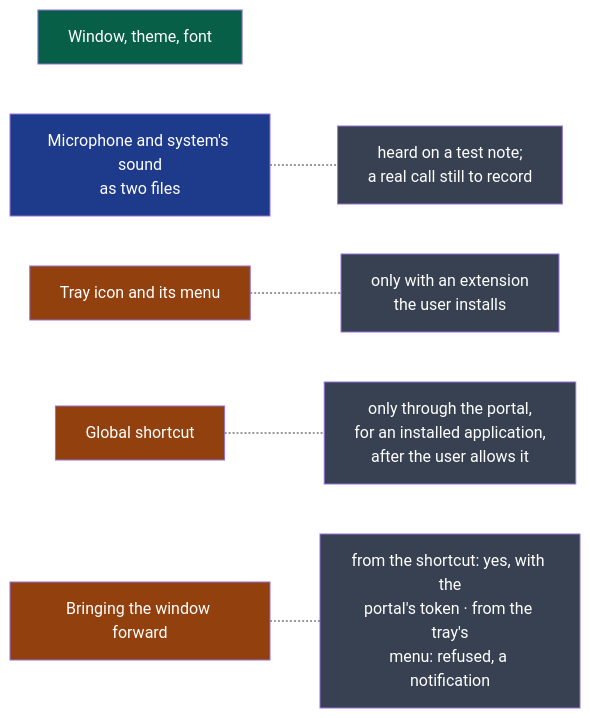
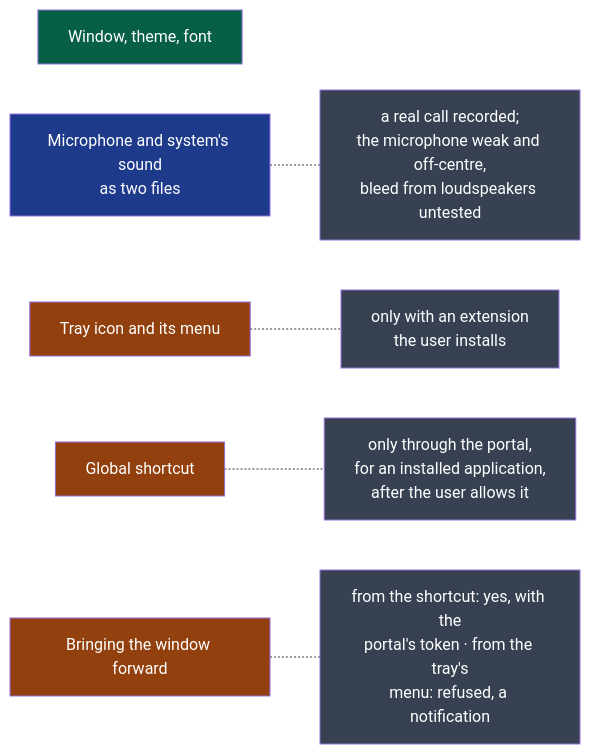
Before and after one commit to NapkinStack/wholeheard: the fourth of 7 diagrams in docs/project/cycles/01-first-meeting-on-three-systems.md, drawn with Mermaid. The commit also changed other lines of this file, not shown here.

First line of the commit message:
D1 — a real call recorded on Fedora: the two files hold sound

````diff
--- a/docs/project/cycles/01-first-meeting-on-three-systems.md
+++ b/docs/project/cycles/01-first-meeting-on-three-systems.md
@@ -173,19 +174,19 @@
 ```mermaid
 flowchart LR
     W["Window, theme, font"]:::yes
     A["Microphone and system's sound<br/>as two files"]:::part
     T["Tray icon and its menu"]:::cond
     K["Global shortcut"]:::cond
     F["Bringing the window forward"]:::cond
 
     T -.- T1["only with an extension<br/>the user installs"]:::note
     K -.- K1["only through the portal,<br/>for an installed application,<br/>after the user allows it"]:::note
     F -.- F1["from the shortcut: yes, with the<br/>portal's token · from the tray's<br/>menu: refused, a notification"]:::note
-    A -.- A1["heard on a test note;<br/>a real call still to record"]:::note
+    A -.- A1["a real call recorded;<br/>the microphone weak and off-centre,<br/>bleed from loudspeakers untested"]:::note
 
     classDef yes fill:#065f46,color:#fff
     classDef part fill:#1e3a8a,color:#fff
     classDef cond fill:#92400e,color:#fff
     classDef no fill:#7c2d12,color:#fff
     classDef note fill:#374151,color:#fff
 ```
````
